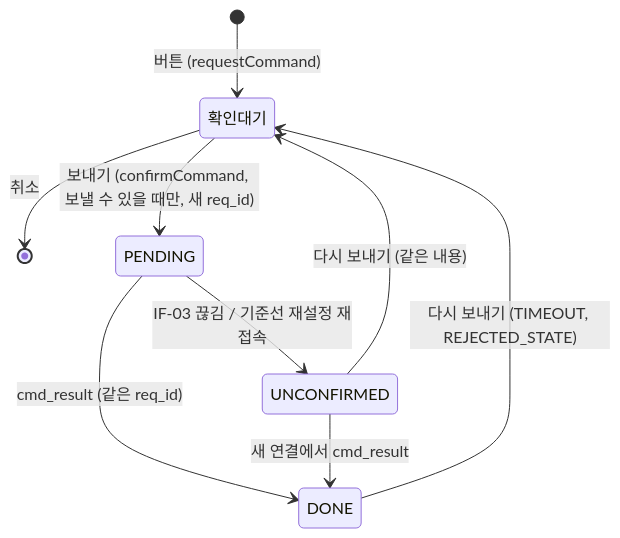
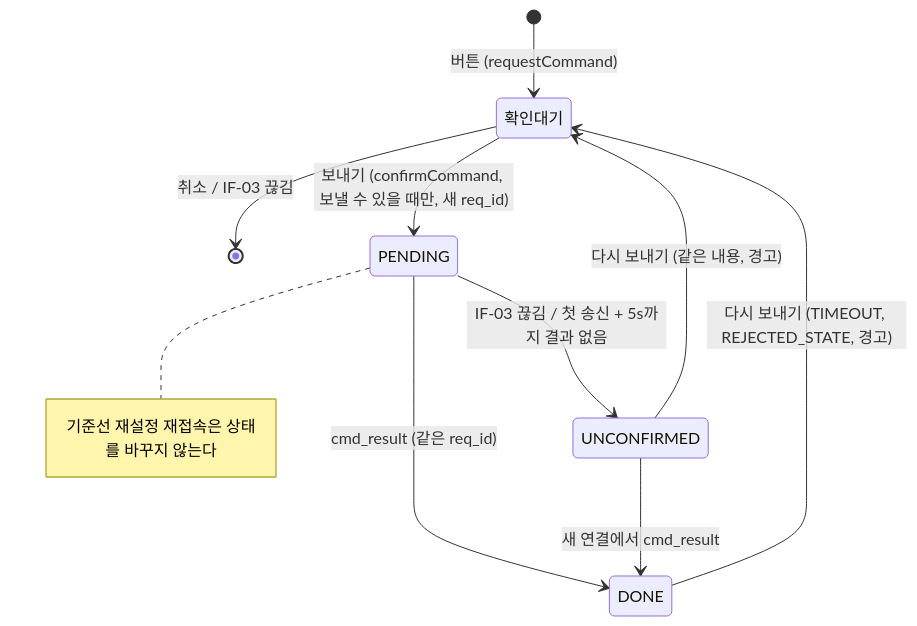
The seventh of 7 diagrams in docs/03_SDD.md (PuniPaw/ugv-control-hmi), drawn with Mermaid before and after one commit. The commit also changed other lines of this file and 2 other files, not shown here.

First line of the commit message:
docs: SDD v0.4.1, STP v0.18, GLOSSARY 결과 미확인·다시 보내기 (PR #35 1차 리뷰) [REQ-CMD-001] [REQ-CMD-004]

````diff
--- a/docs/03_SDD.md
+++ b/docs/03_SDD.md
@@ -322,11 +323,12 @@
 ```mermaid
 stateDiagram-v2
     [*] --> 확인대기: 버튼 (requestCommand)
-    확인대기 --> [*]: 취소
+    확인대기 --> [*]: 취소 / IF-03 끊김
     확인대기 --> PENDING: 보내기 (confirmCommand, 보낼 수 있을 때만, 새 req_id)
     PENDING --> DONE: cmd_result (같은 req_id)
-    PENDING --> UNCONFIRMED: IF-03 끊김 / 기준선 재설정 재접속
+    PENDING --> UNCONFIRMED: IF-03 끊김 / 첫 송신 + 5s까지 결과 없음
+    note right of PENDING: 기준선 재설정 재접속은 상태를 바꾸지 않는다
     UNCONFIRMED --> DONE: 새 연결에서 cmd_result
-    UNCONFIRMED --> 확인대기: 다시 보내기 (같은 내용)
-    DONE --> 확인대기: 다시 보내기 (TIMEOUT, REJECTED_STATE)
+    UNCONFIRMED --> 확인대기: 다시 보내기 (같은 내용, 경고)
+    DONE --> 확인대기: 다시 보내기 (TIMEOUT, REJECTED_STATE, 경고)
 ```
````
